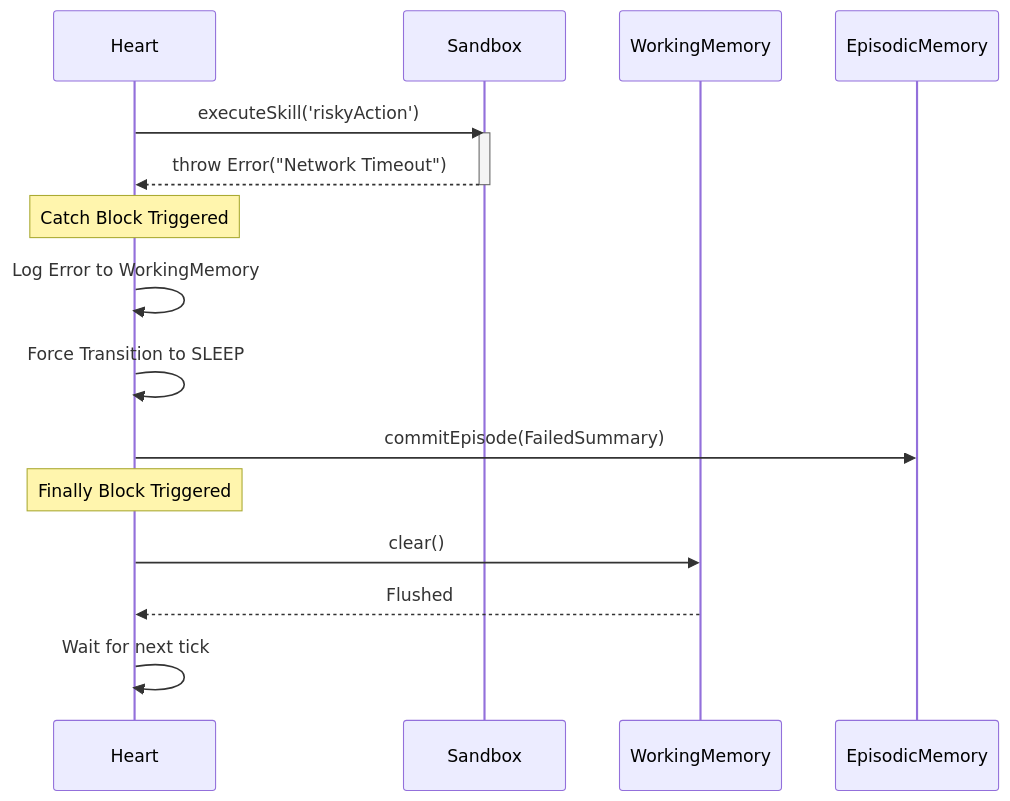
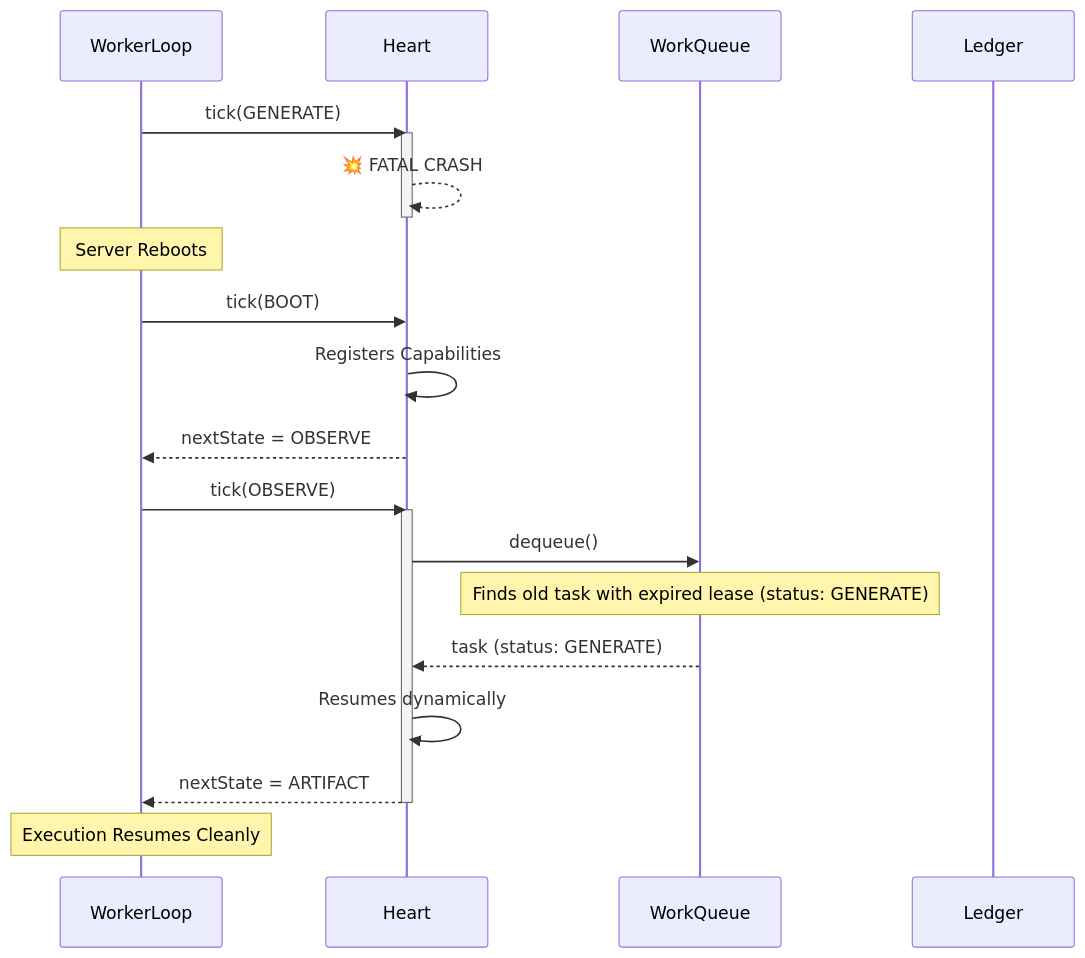
The diagram in FLOWS/FailureRecovery.md (gaarasand47/autark-brain), drawn with Mermaid before and after one commit. The commit also changed other lines of this file and 22 other files, not shown here.

Commit message:
docs: sync Memory Vault with continuous heartbeat architecture (Stage 5 Audits)

````diff
--- a/FLOWS/FailureRecovery.md
+++ b/FLOWS/FailureRecovery.md
@@ -7,26 +7,29 @@
 ```mermaid
 sequenceDiagram
+    participant WorkerLoop
     participant Heart
-    participant Sandbox
-    participant WorkingMemory
-    participant EpisodicMemory
+    participant WorkQueue
+    participant Ledger
     
-    Heart->>Sandbox: executeSkill('riskyAction')
-    activate Sandbox
-    Sandbox-->>Heart: throw Error("Network Timeout")
-    deactivate Sandbox
+    WorkerLoop->>Heart: tick(GENERATE)
+    activate Heart
+    Heart-->>Heart: 💥 FATAL CRASH
+    deactivate Heart
     
-    Note over Heart: Catch Block Triggered
+    Note over WorkerLoop: Server Reboots
+    WorkerLoop->>Heart: tick(BOOT)
+    Heart->>Heart: Registers Capabilities
+    Heart-->>WorkerLoop: nextState = OBSERVE
     
-    Heart->>Heart: Log Error to WorkingMemory
-    Heart->>Heart: Force Transition to SLEEP
+    WorkerLoop->>Heart: tick(OBSERVE)
+    activate Heart
+    Heart->>WorkQueue: dequeue()
+    Note over WorkQueue: Finds old task with expired lease (status: GENERATE)
+    WorkQueue-->>Heart: task (status: GENERATE)
     
-    Heart->>EpisodicMemory: commitEpisode(FailedSummary)
+    Heart->>Heart: Resumes dynamically
+    Heart-->>WorkerLoop: nextState = ARTIFACT
+    deactivate Heart
     
-    Note over Heart: Finally Block Triggered
-    
-    Heart->>WorkingMemory: clear()
-    WorkingMemory-->>Heart: Flushed
-    
-    Heart->>Heart: Wait for next tick
+    Note over WorkerLoop: Execution Resumes Cleanly
 ```
````
